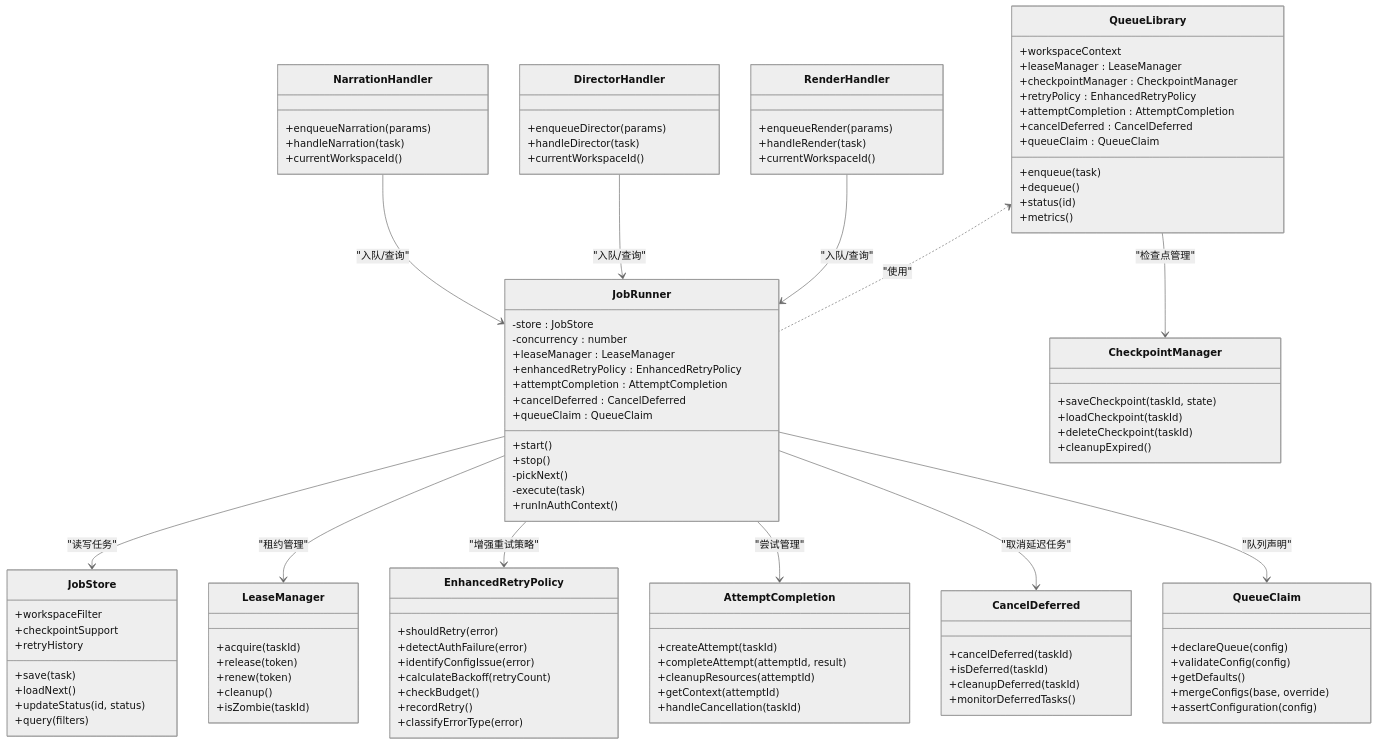
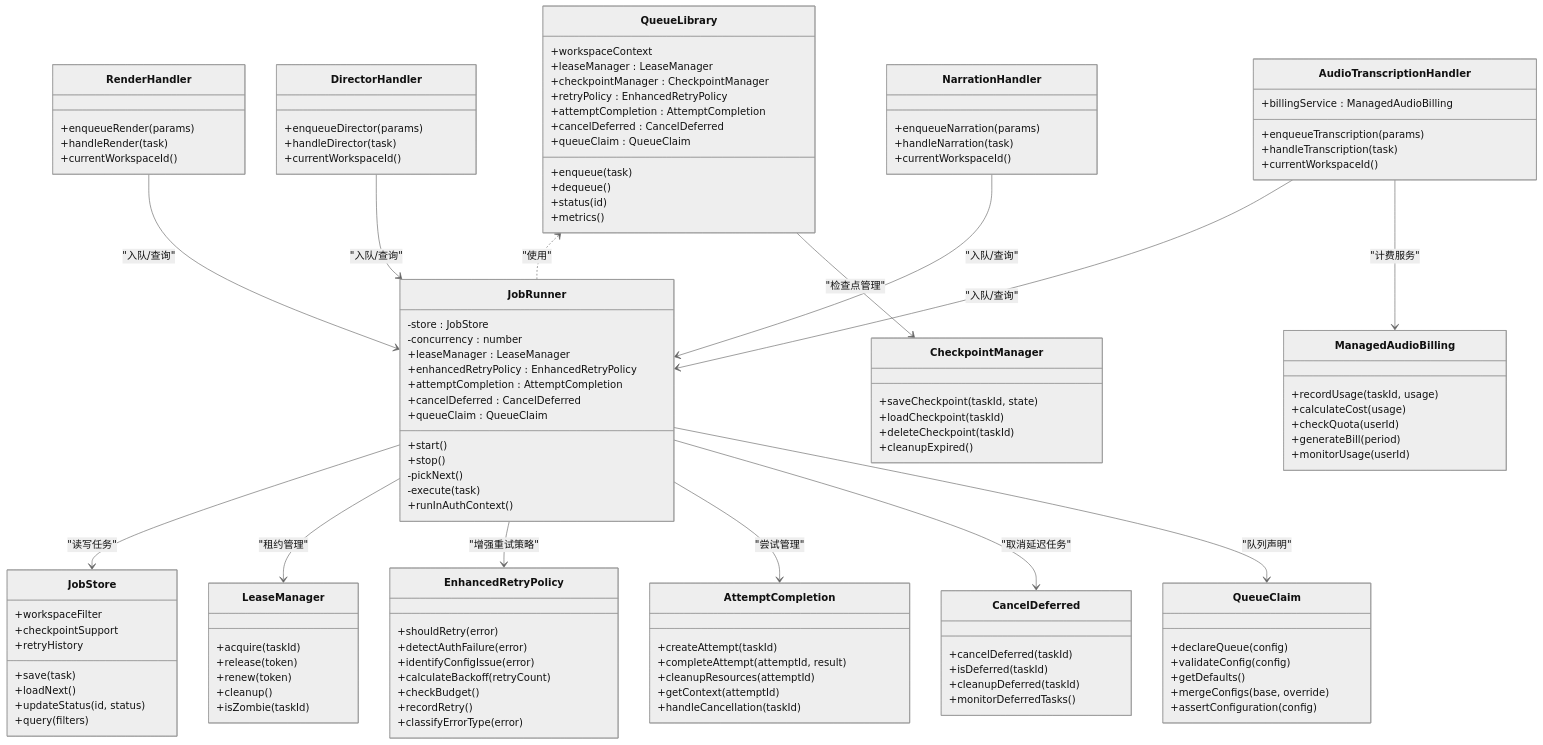
One commit to scottcwy/PurpleInk changed the fourth of 4 diagrams in .qoder/repowiki/zh/content/后端架构/任务处理/作业队列系统.md. Above: the diagram before and after it, drawn with Mermaid (neutral theme). The commit also changed other lines of this file and 29 other files, not shown here.

````diff
--- a/.qoder/repowiki/zh/content/后端架构/任务处理/作业队列系统.md
+++ b/.qoder/repowiki/zh/content/后端架构/任务处理/作业队列系统.md
@@ -538,6 +623,19 @@
 +handleNarration(task)
 +currentWorkspaceId()
 }
+class AudioTranscriptionHandler {
++enqueueTranscription(params)
++handleTranscription(task)
++billingService : ManagedAudioBilling
++currentWorkspaceId()
+}
+class ManagedAudioBilling {
++recordUsage(taskId, usage)
++calculateCost(usage)
++checkQuota(userId)
++generateBill(period)
++monitorUsage(userId)
+}
 QueueLibrary <.. JobRunner : "使用"
 JobRunner --> JobStore : "读写任务"
 JobRunner --> LeaseManager : "租约管理"
@@ -549,4 +647,6 @@
 RenderHandler --> JobRunner : "入队/查询"
 DirectorHandler --> JobRunner : "入队/查询"
 NarrationHandler --> JobRunner : "入队/查询"
+AudioTranscriptionHandler --> JobRunner : "入队/查询"
+AudioTranscriptionHandler --> ManagedAudioBilling : "计费服务"
 ```
````
